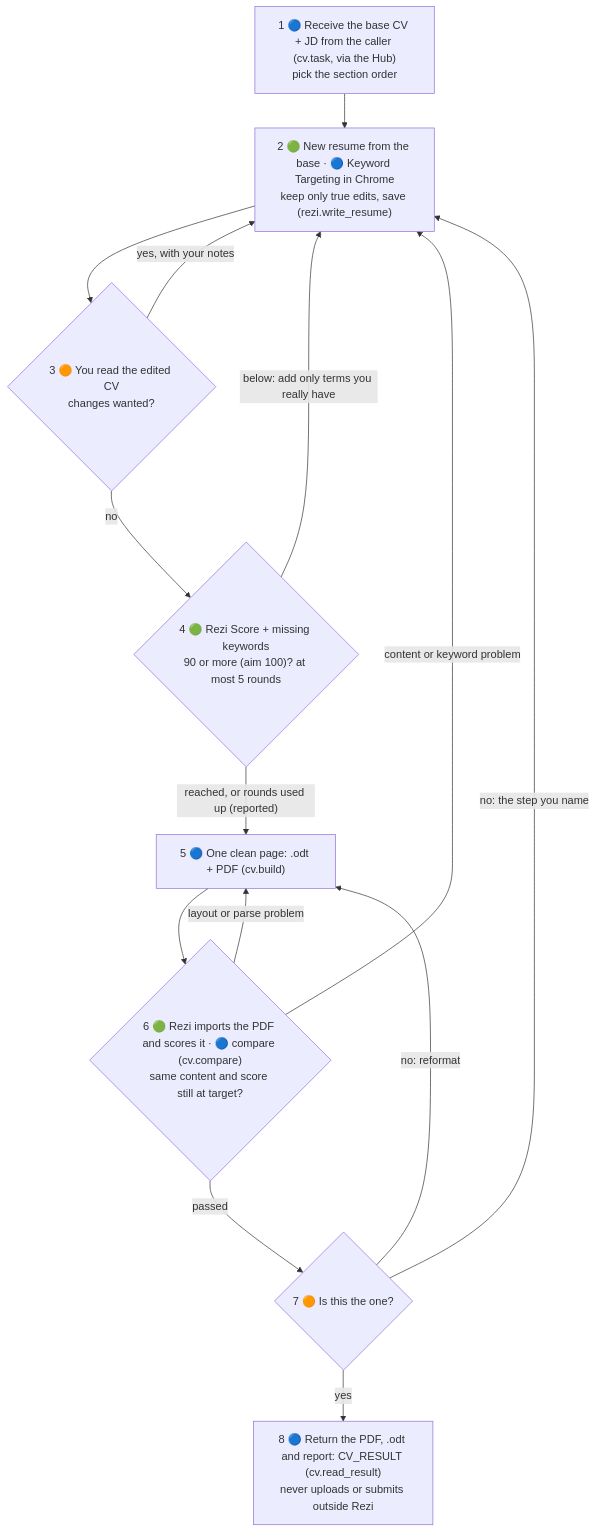
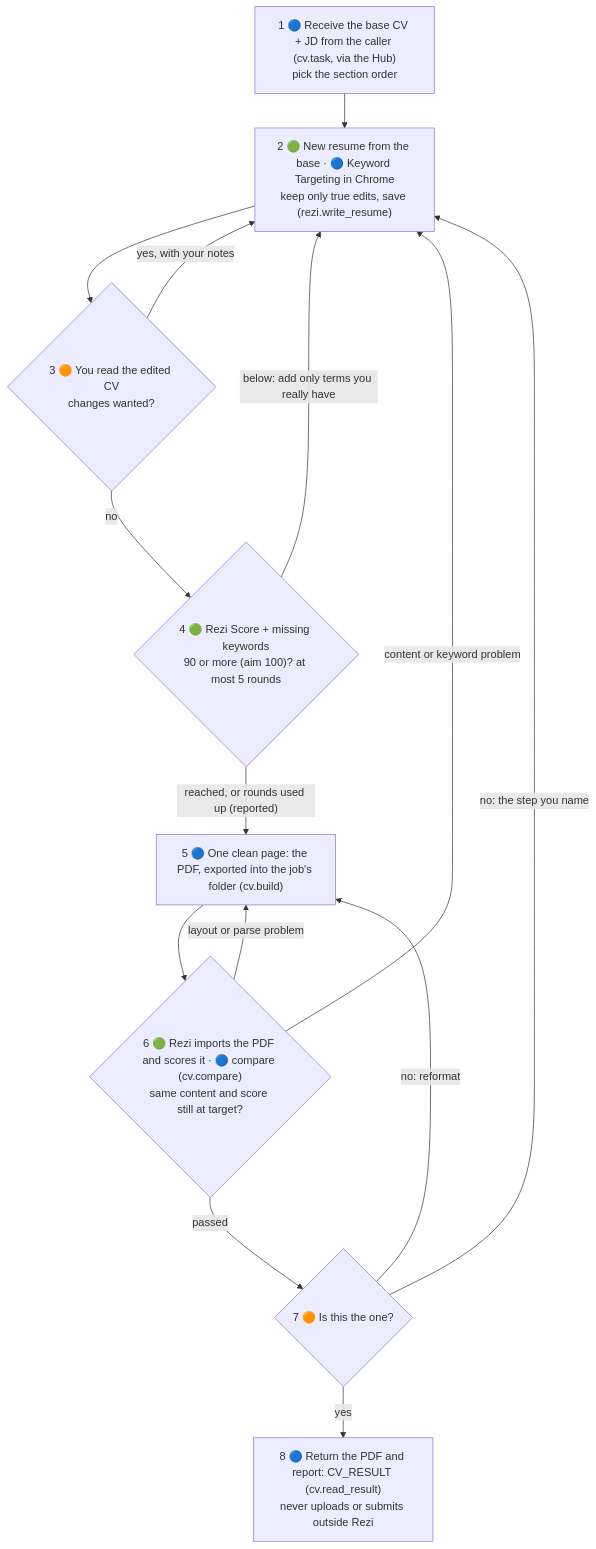
One commit to sharramon/AI_Assistant changed the seventh of 9 diagrams in src/assistant/modules/cv/docs/architecture.md. Above: the diagram before and after it, drawn with Mermaid. The commit also changed other lines of this file and 66 other files, not shown here.

Commit message:
cv module: the CV Tool app (src/cv_tool) as its UI, PDF in and PDF out, cv.task the only path for the job agent, the Submit delivered and noticed, its docs and tests

````diff
--- a/src/assistant/modules/cv/docs/architecture.md
+++ b/src/assistant/modules/cv/docs/architecture.md
@@ -269,22 +335,22 @@
 ```mermaid
 flowchart TB
   S1["1 🔵 Receive the base CV + JD from the caller (cv.task, via the Hub)<br/>pick the section order"]
   S2["2 🟢 New resume from the base · 🔵 Keyword Targeting in Chrome<br/>keep only true edits, save (rezi.write_resume)"]
   S3{"3 🟠 You read the edited CV<br/>changes wanted?"}
   S4{"4 🟢 Rezi Score + missing keywords<br/>90 or more (aim 100)? at most 5 rounds"}
-  S5["5 🔵 One clean page: .odt + PDF (cv.build)"]
+  S5["5 🔵 One clean page: the PDF, exported into the job's folder (cv.build)"]
   S6{"6 🟢 Rezi imports the PDF and scores it · 🔵 compare (cv.compare)<br/>same content and score still at target?"}
   S7{"7 🟠 Is this the one?"}
-  S8["8 🔵 Return the PDF, .odt and report: CV_RESULT (cv.read_result)<br/>never uploads or submits outside Rezi"]
+  S8["8 🔵 Return the PDF and report: CV_RESULT (cv.read_result)<br/>never uploads or submits outside Rezi"]
   S1 --> S2 --> S3
   S3 -- "yes, with your notes" --> S2
   S3 -- no --> S4
   S4 -- "below: add only terms you really have" --> S2
   S4 -- "reached, or rounds used up (reported)" --> S5 --> S6
   S6 -- "layout or parse problem" --> S5
   S6 -- "content or keyword problem" --> S2
   S6 -- passed --> S7
   S7 -- "no: the step you name" --> S2
   S7 -- "no: reformat" --> S5
   S7 -- yes --> S8
 ```
````
